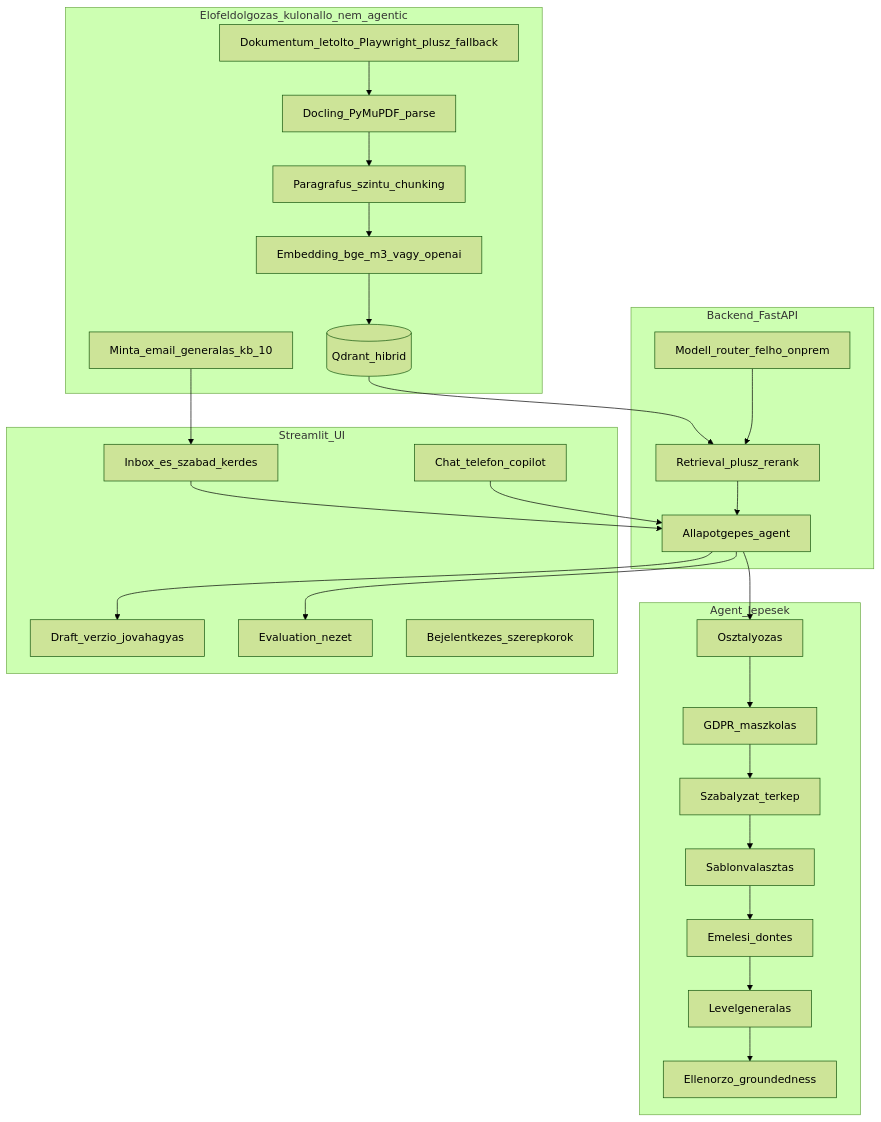
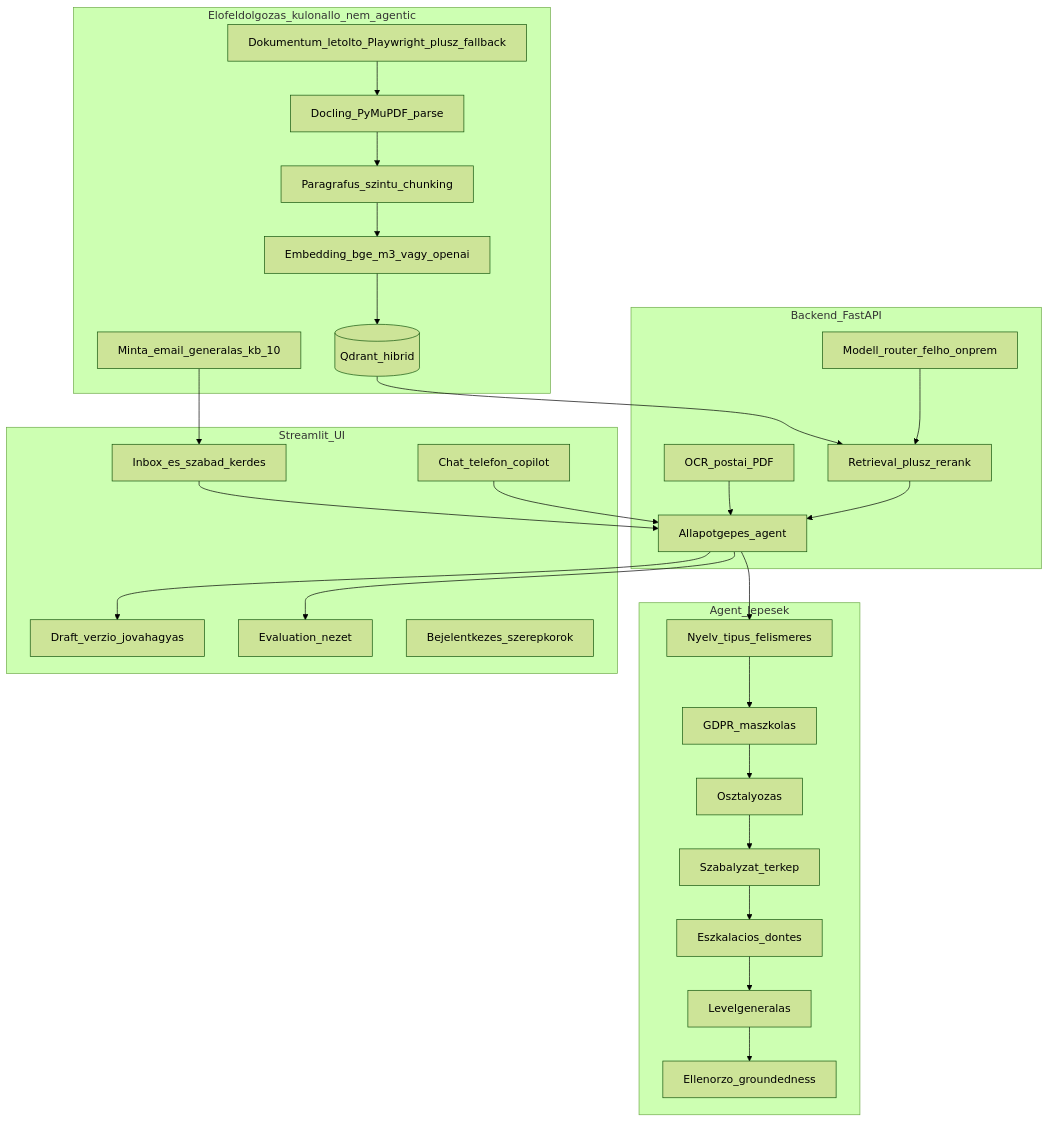
Before and after one commit to zsufera/ASZF_project: the diagram in ASZF_QnA_Agent_megvalositasi_terv.md, drawn with Mermaid (forest theme). The commit also changed other lines of this file and 3 other files, not shown here.

````diff
--- a/ASZF_QnA_Agent_megvalositasi_terv.md
+++ b/ASZF_QnA_Agent_megvalositasi_terv.md
@@ -73,41 +81,43 @@
 ```mermaid
 flowchart TD
     subgraph pre [Elofeldolgozas_kulonallo_nem_agentic]
         DL[Dokumentum_letolto_Playwright_plusz_fallback]
         Parse[Docling_PyMuPDF_parse]
         Chunk[Paragrafus_szintu_chunking]
         Embed[Embedding_bge_m3_vagy_openai]
         VDB[(Qdrant_hibrid)]
         GenMail[Minta_email_generalas_kb_10]
     end
     subgraph backend [Backend_FastAPI]
         Router[Modell_router_felho_onprem]
         RAG[Retrieval_plusz_rerank]
         Agent[Allapotgepes_agent]
+        OCR[OCR_postai_PDF]
     end
     subgraph agentsteps [Agent_lepesek]
-        S1[Osztalyozas]
+        S1[Nyelv_tipus_felismeres]
         S2[GDPR_maszkolas]
-        S3[Szabalyzat_terkep]
-        S4[Sablonvalasztas]
-        S5[Emelesi_dontes]
+        S3[Osztalyozas]
+        S4[Szabalyzat_terkep]
+        S5[Eszkalacios_dontes]
         S6[Levelgeneralas]
         S7[Ellenorzo_groundedness]
     end
     subgraph ui [Streamlit_UI]
         Inbox[Inbox_es_szabad_kerdes]
         Copilot[Chat_telefon_copilot]
         Draft[Draft_verzio_jovahagyas]
         EvalUI[Evaluation_nezet]
         Auth[Bejelentkezes_szerepkorok]
     end
     DL --> Parse --> Chunk --> Embed --> VDB
     GenMail --> Inbox
     VDB --> RAG
+    OCR --> Agent
     Router --> RAG --> Agent
     Agent --> S1 --> S2 --> S3 --> S4 --> S5 --> S6 --> S7
     Agent --> Draft
     Inbox --> Agent
     Copilot --> Agent
     Agent --> EvalUI
 ```
````
